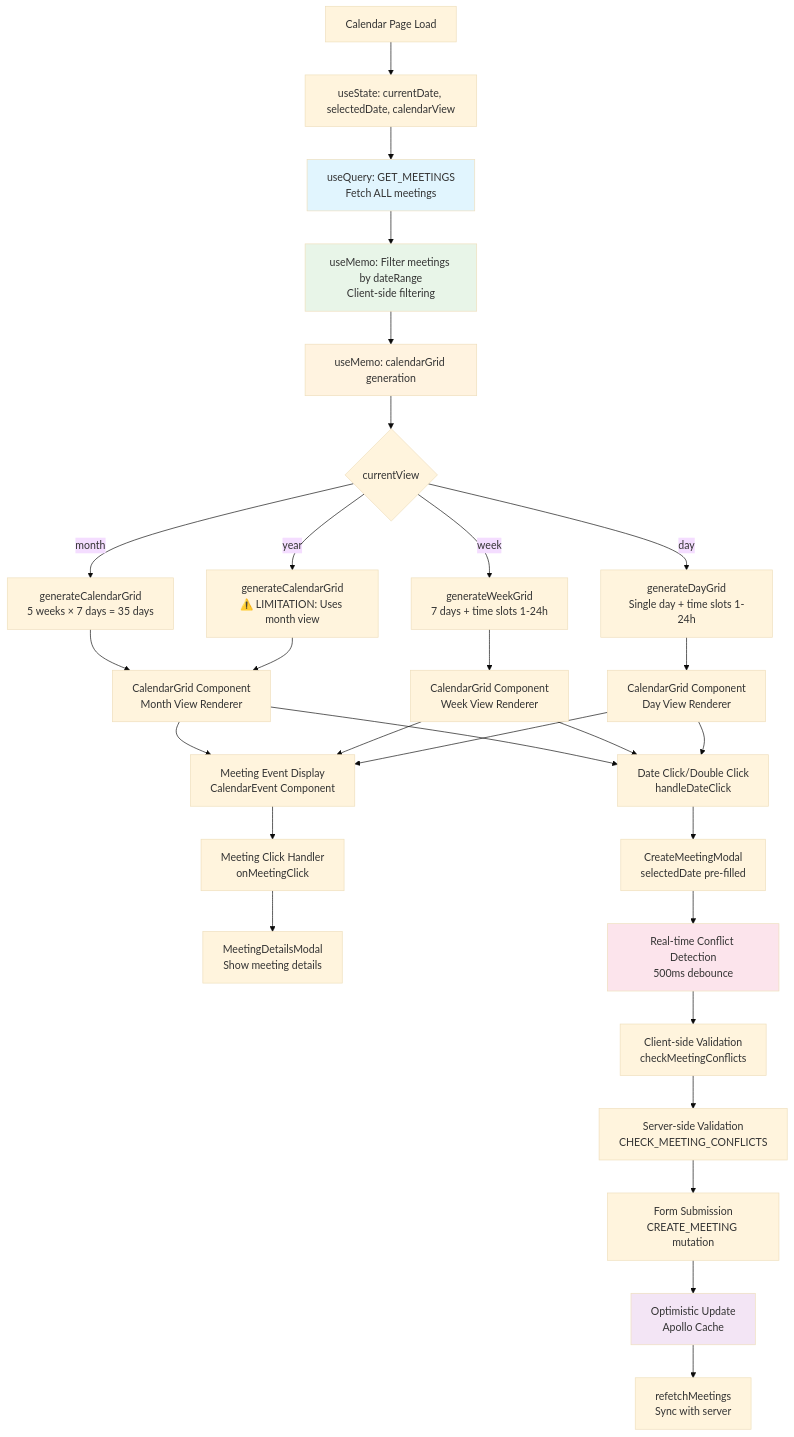
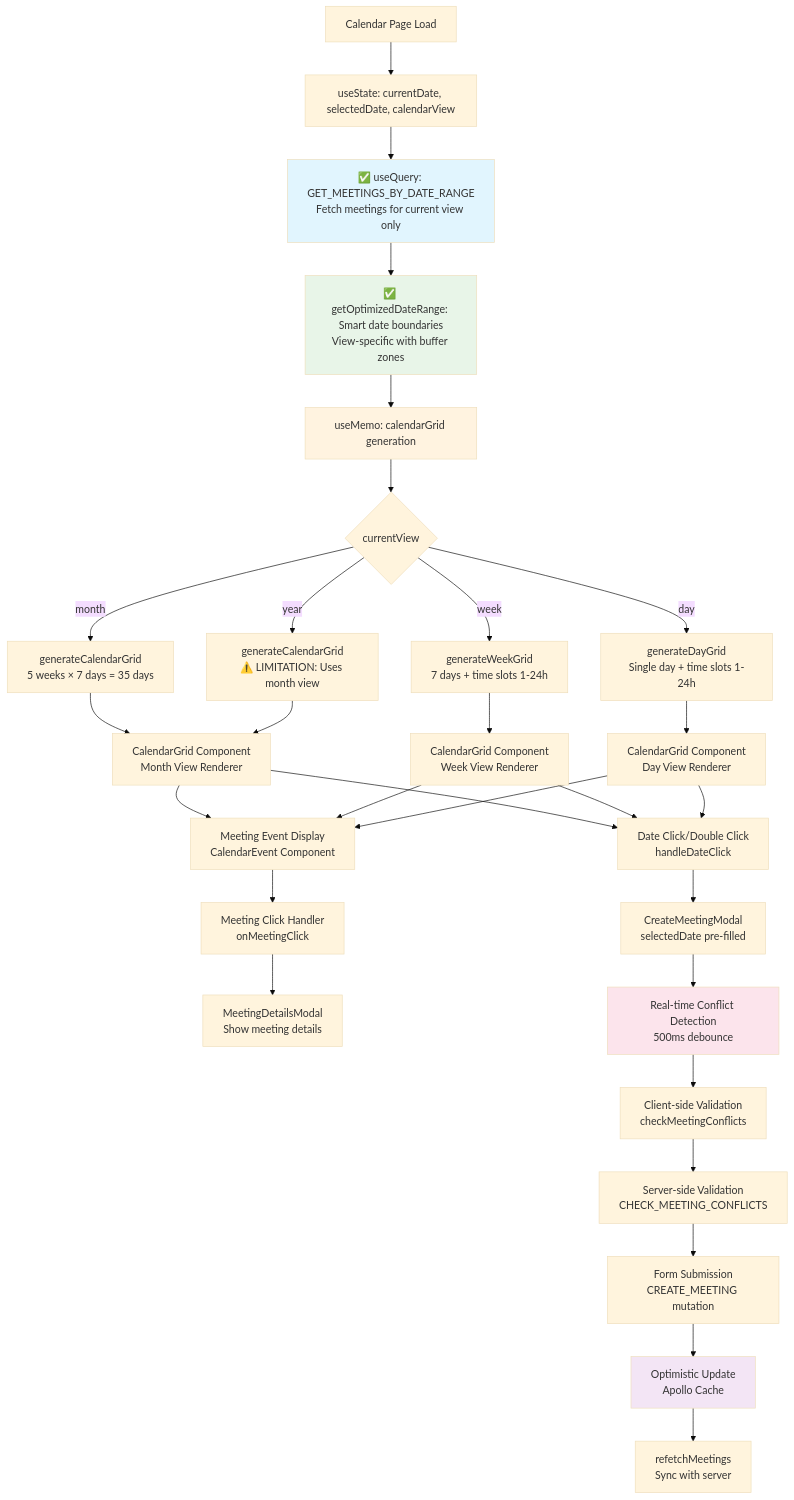
One commit to wakidurrahman/meeting-schedule-apps changed the first of 8 diagrams in docs/MEETING_SCHEDULER_IMPLEMENTATION.md. Above: the diagram before and after it, drawn with Mermaid (base theme). The commit also changed other lines of this file, not shown here.

````diff
--- a/docs/MEETING_SCHEDULER_IMPLEMENTATION.md
+++ b/docs/MEETING_SCHEDULER_IMPLEMENTATION.md
@@ -895,47 +900,47 @@
 ```mermaid
 graph TD
     %% Client-Side Initialization
     A[Calendar Page Load] --> B["useState: currentDate, selectedDate, calendarView"]
-    B --> C["useQuery: GET_MEETINGS<br/>Fetch ALL meetings"]
-    C --> D["useMemo: Filter meetings by dateRange<br/>Client-side filtering"]
+    B --> C["✅ useQuery: GET_MEETINGS_BY_DATE_RANGE<br/>Fetch meetings for current view only"]
+    C --> D["✅ getOptimizedDateRange: Smart date boundaries<br/>View-specific with buffer zones"]
 
     %% Calendar Grid Generation
     D --> E["useMemo: calendarGrid generation"]
     E --> F{currentView}
     F -->|month| G["generateCalendarGrid<br/>5 weeks × 7 days = 35 days"]
     F -->|week| H["generateWeekGrid<br/>7 days + time slots 1-24h"]
     F -->|day| I["generateDayGrid<br/>Single day + time slots 1-24h"]
     F -->|year| J["generateCalendarGrid<br/>⚠️ LIMITATION: Uses month view"]
 
     %% Grid Processing
     G --> K["CalendarGrid Component<br/>Month View Renderer"]
     H --> L["CalendarGrid Component<br/>Week View Renderer"]
     I --> M["CalendarGrid Component<br/>Day View Renderer"]
     J --> K
 
     %% Meeting Event Handling
     K --> N["Meeting Event Display<br/>CalendarEvent Component"]
     L --> N
     M --> N
     N --> O["Meeting Click Handler<br/>onMeetingClick"]
     O --> P["MeetingDetailsModal<br/>Show meeting details"]
 
     %% Meeting Creation Flow
     K --> Q["Date Click/Double Click<br/>handleDateClick"]
     L --> Q
     M --> Q
     Q --> R["CreateMeetingModal<br/>selectedDate pre-filled"]
     R --> S["Real-time Conflict Detection<br/>500ms debounce"]
     S --> T["Client-side Validation<br/>checkMeetingConflicts"]
     T --> U["Server-side Validation<br/>CHECK_MEETING_CONFLICTS"]
     U --> V["Form Submission<br/>CREATE_MEETING mutation"]
     V --> W["Optimistic Update<br/>Apollo Cache"]
     W --> X["refetchMeetings<br/>Sync with server"]
 
     %% Performance Optimizations
     style C fill:#e1f5fe
     style D fill:#e8f5e8
     style E fill:#fff3e0
     style S fill:#fce4ec
     style W fill:#f3e5f5
 ```
````
